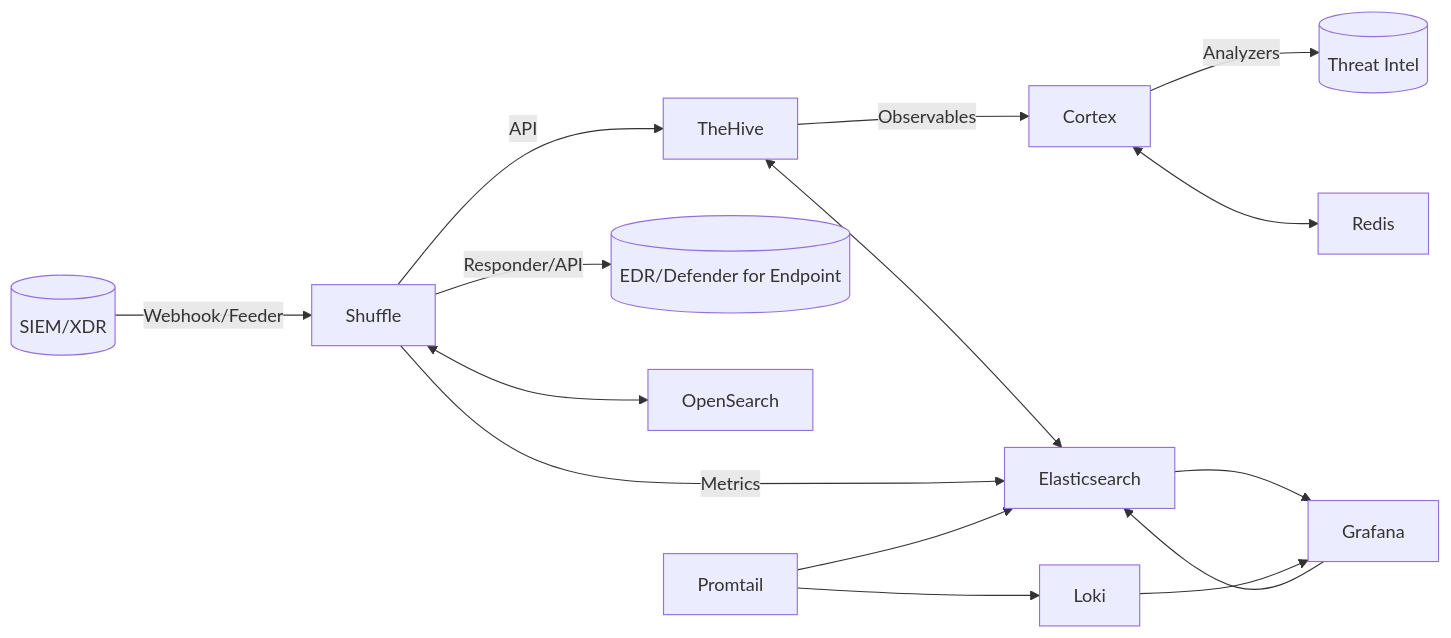
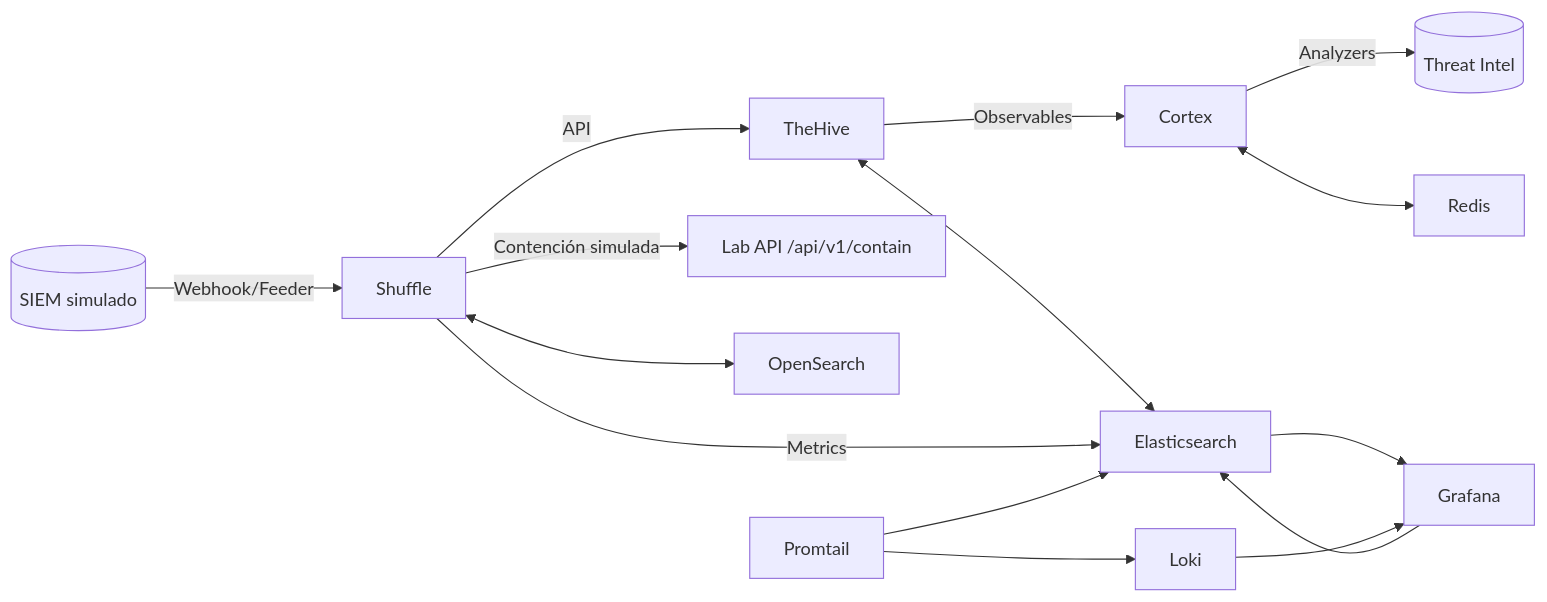
The first of 13 diagrams in docs/thesis/appendix_h.md (alesanfe/soar-ransomware-lab), drawn with Mermaid before and after one commit. The commit also changed other lines of this file, not shown here.

````diff
--- a/docs/thesis/appendix_h.md
+++ b/docs/thesis/appendix_h.md
@@ -15,17 +15,17 @@
 ```mermaid
 flowchart LR
-  SIEM[(SIEM/XDR)] -- Webhook/Feeder --> Shuffle
+  SIEM[(SIEM simulado)] -- Webhook/Feeder --> Shuffle
   Shuffle -- API --> TheHive
   TheHive -- Observables --> Cortex
   Cortex -- Analyzers --> TI[(Threat Intel)]
-  Shuffle -- Responder/API --> EDR[(EDR/Defender for Endpoint)]
+  Shuffle -- Contención simulada --> API[Lab API /api/v1/contain]
   TheHive <--> Elasticsearch
   Cortex <--> Redis
   Shuffle <--> OpenSearch[OpenSearch]
   Shuffle -- Metrics --> Elasticsearch
   Elasticsearch --> Grafana[Grafana]
   Promtail[Promtail] --> Loki[Loki]
   Loki --> Grafana
   Promtail --> Elasticsearch
   Grafana --> Elasticsearch
 ```
````
